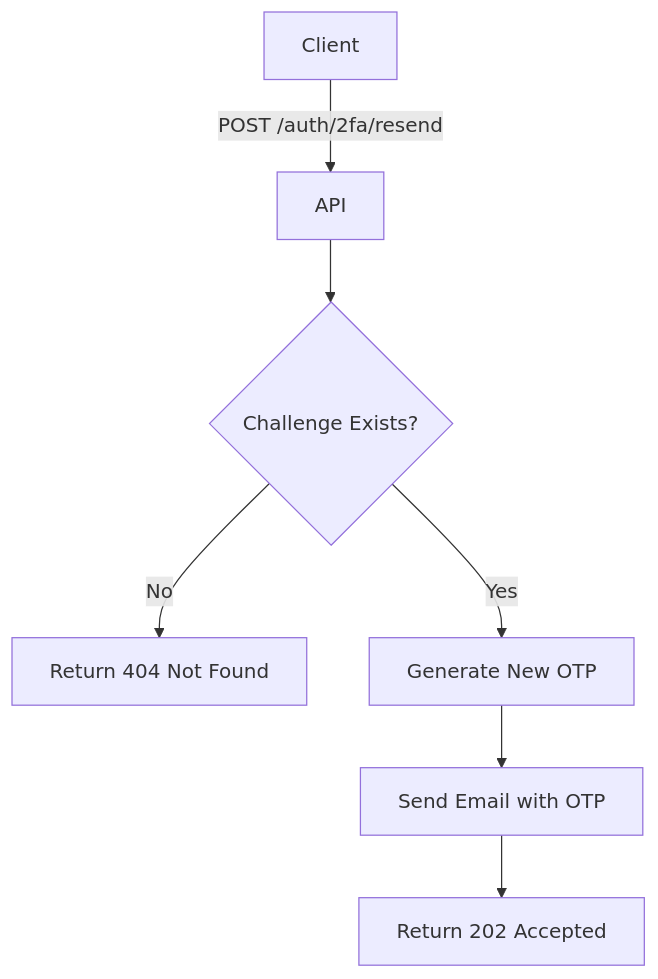
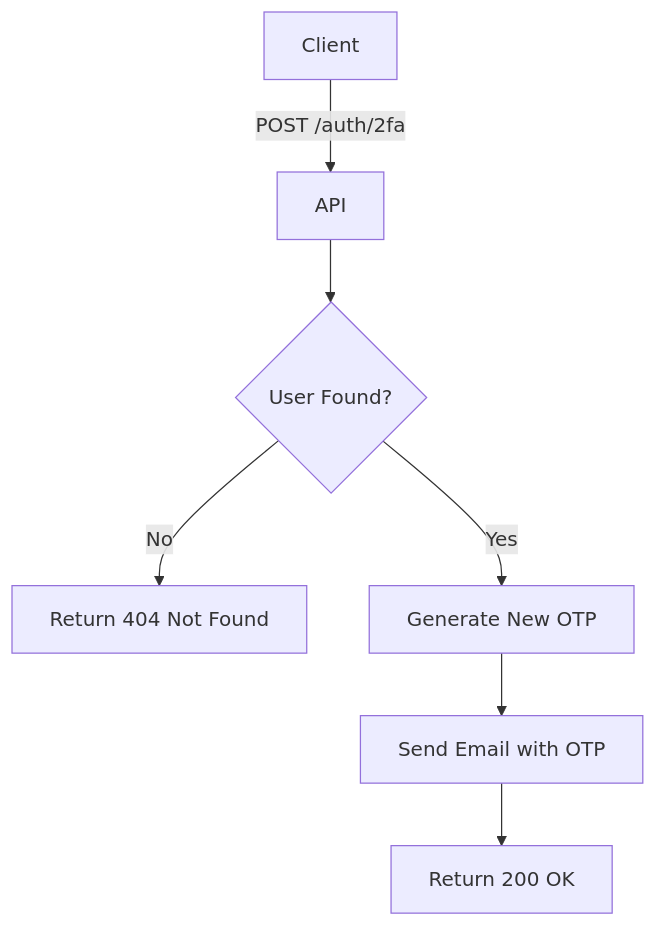
Before and after one commit to leandroluk/investor: the diagram in apps/doc/src/content/api/auth/send-2fa-code.mdx, drawn with Mermaid. The commit also changed other lines of this file and 40 other files, not shown here.

````diff
--- a/apps/doc/src/content/api/auth/send-2fa-code.mdx
+++ b/apps/doc/src/content/api/auth/send-2fa-code.mdx
@@ -34,9 +33,9 @@
 ```mermaid
 flowchart TD
-  A["Client"] -- "POST /auth/2fa/resend" --> B["API"]
-  B --> C{"Challenge Exists?"}
+  A["Client"] -- "POST /auth/2fa" --> B["API"]
+  B --> C{"User Found?"}
   C -- "No" --> D["Return 404 Not Found"]
   C -- "Yes" --> E["Generate New OTP"]
   E --> F["Send Email with OTP"]
-  F --> G["Return 202 Accepted"]
+  F --> G["Return 200 OK"]
 ```
````
